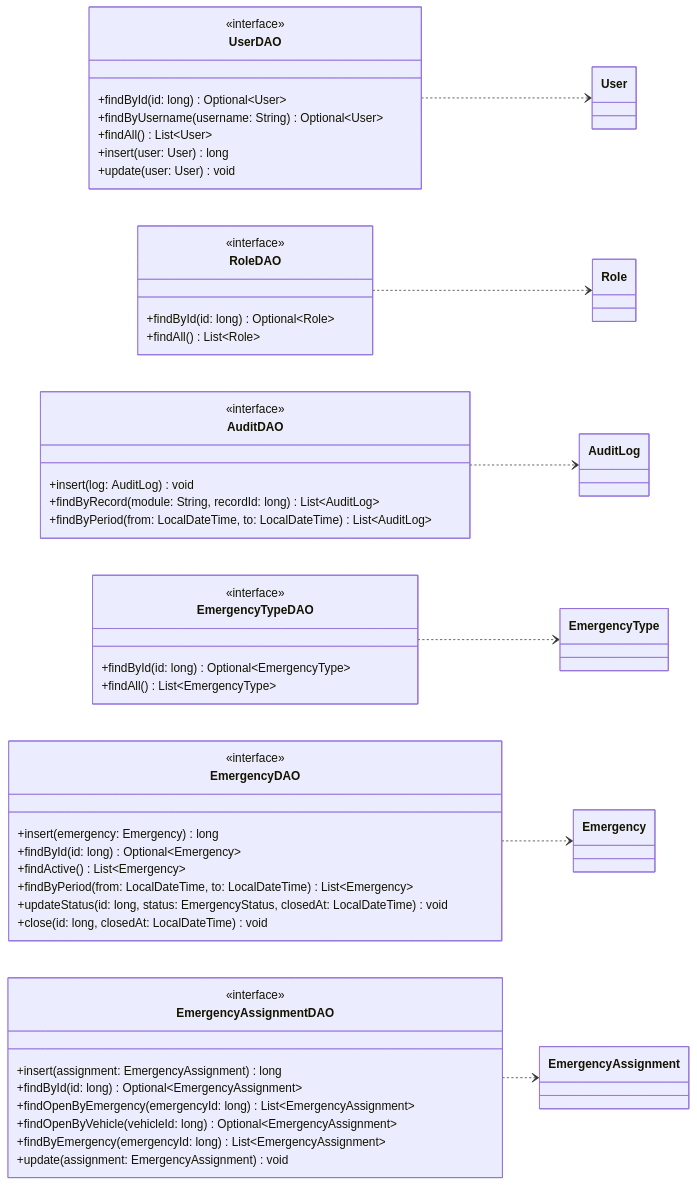
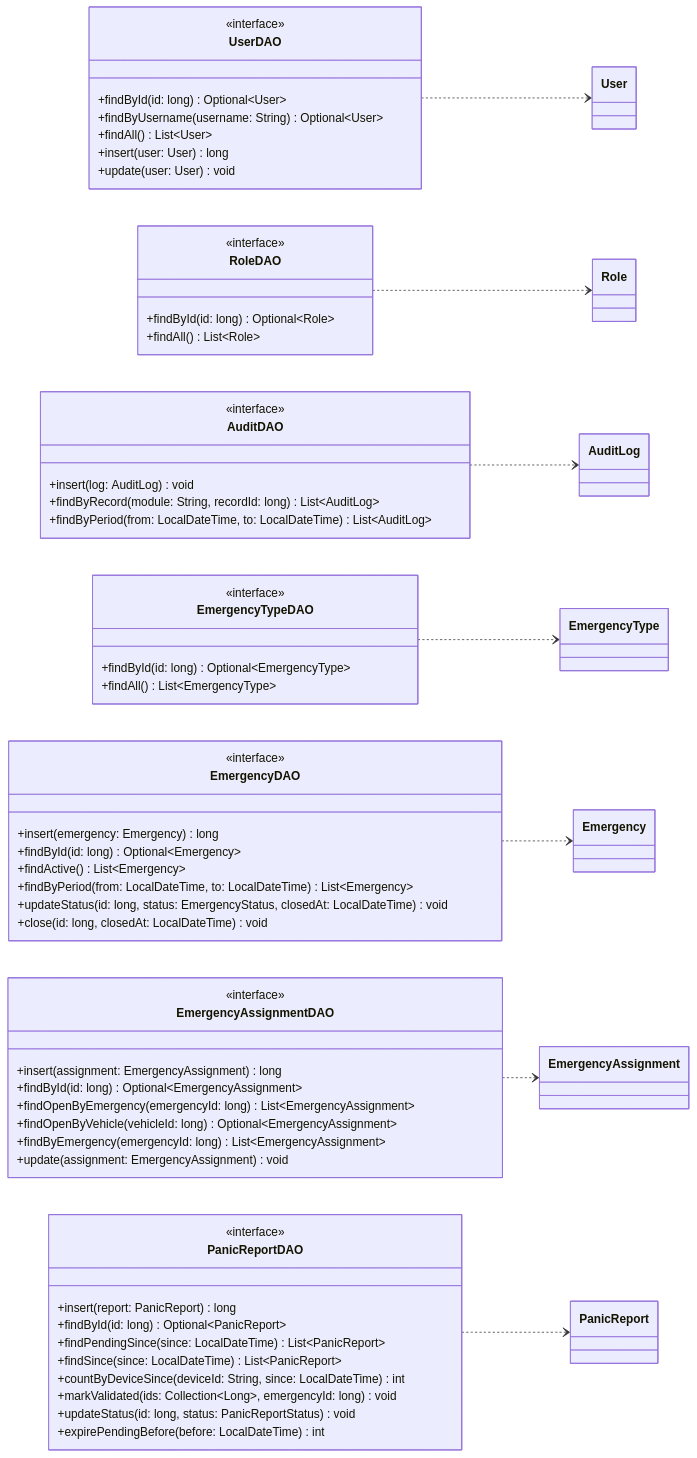
One commit to afzabaleta/RutaVida changed the tenth of 24 diagrams in docs/class-diagram.md. Above: the diagram before and after it, drawn with Mermaid. The commit also changed other lines of this file and 11 other files, not shown here.

First line of the commit message:
feature: add-panic-report-data

````diff
--- a/docs/class-diagram.md
+++ b/docs/class-diagram.md
@@ -605,64 +627,77 @@
 ```mermaid
 ---
 config:
   markdownAutoWrap: false
 ---
 classDiagram
     direction LR
 
     class UserDAO {
         <<interface>>
         +findById(id: long) Optional~User~
         +findByUsername(username: String) Optional~User~
         +findAll() List~User~
         +insert(user: User) long
         +update(user: User) void
     }
     class RoleDAO {
         <<interface>>
         +findById(id: long) Optional~Role~
         +findAll() List~Role~
     }
     class AuditDAO {
         <<interface>>
         +insert(log: AuditLog) void
         +findByRecord(module: String, recordId: long) List~AuditLog~
         +findByPeriod(from: LocalDateTime, to: LocalDateTime) List~AuditLog~
     }
     class EmergencyTypeDAO {
         <<interface>>
         +findById(id: long) Optional~EmergencyType~
         +findAll() List~EmergencyType~
     }
     class EmergencyDAO {
         <<interface>>
         +insert(emergency: Emergency) long
         +findById(id: long) Optional~Emergency~
         +findActive() List~Emergency~
         +findByPeriod(from: LocalDateTime, to: LocalDateTime) List~Emergency~
         +updateStatus(id: long, status: EmergencyStatus, closedAt: LocalDateTime) void
         +close(id: long, closedAt: LocalDateTime) void
     }
     class EmergencyAssignmentDAO {
         <<interface>>
         +insert(assignment: EmergencyAssignment) long
         +findById(id: long) Optional~EmergencyAssignment~
         +findOpenByEmergency(emergencyId: long) List~EmergencyAssignment~
         +findOpenByVehicle(vehicleId: long) Optional~EmergencyAssignment~
         +findByEmergency(emergencyId: long) List~EmergencyAssignment~
         +update(assignment: EmergencyAssignment) void
     }
+    class PanicReportDAO {
+        <<interface>>
+        +insert(report: PanicReport) long
+        +findById(id: long) Optional~PanicReport~
+        +findPendingSince(since: LocalDateTime) List~PanicReport~
+        +findSince(since: LocalDateTime) List~PanicReport~
+        +countByDeviceSince(deviceId: String, since: LocalDateTime) int
+        +markValidated(ids: Collection~Long~, emergencyId: long) void
+        +updateStatus(id: long, status: PanicReportStatus) void
+        +expirePendingBefore(before: LocalDateTime) int
+    }
     class User
     class Role
     class AuditLog
     class EmergencyType
     class Emergency
     class EmergencyAssignment
+    class PanicReport
 
     UserDAO ..> User
     RoleDAO ..> Role
     AuditDAO ..> AuditLog
     EmergencyTypeDAO ..> EmergencyType
     EmergencyDAO ..> Emergency
     EmergencyAssignmentDAO ..> EmergencyAssignment
+    PanicReportDAO ..> PanicReport
 ```
````
